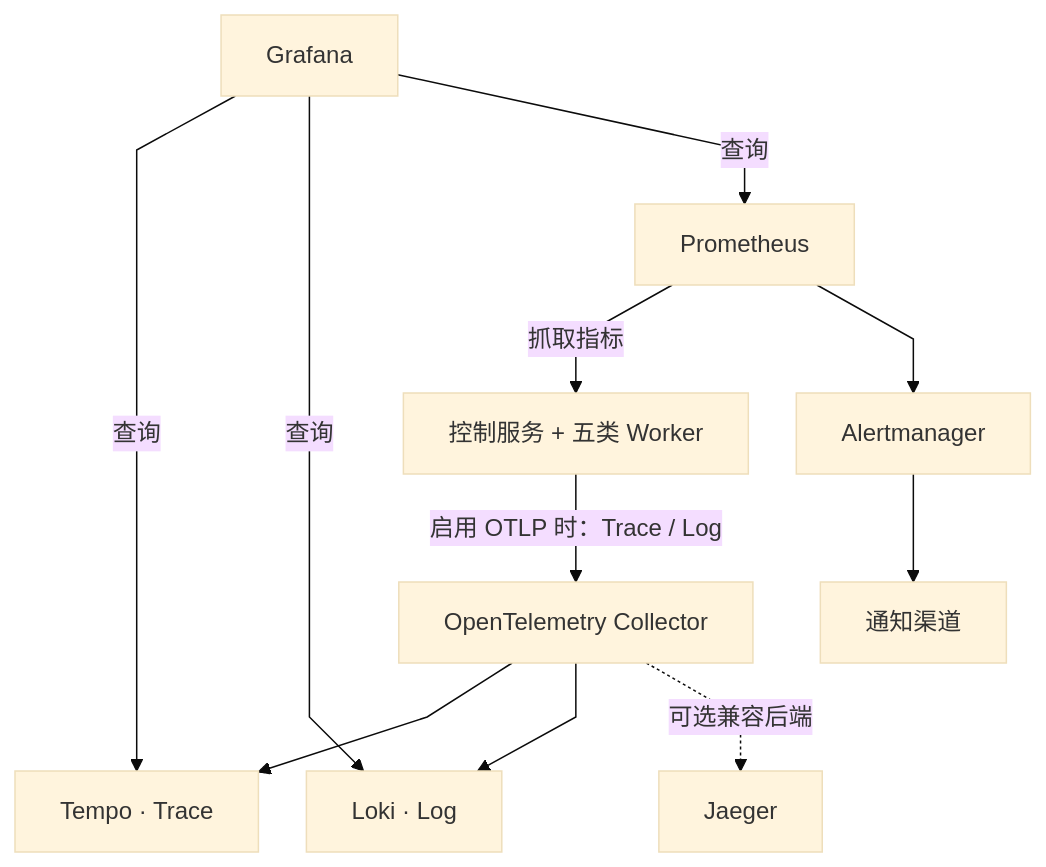
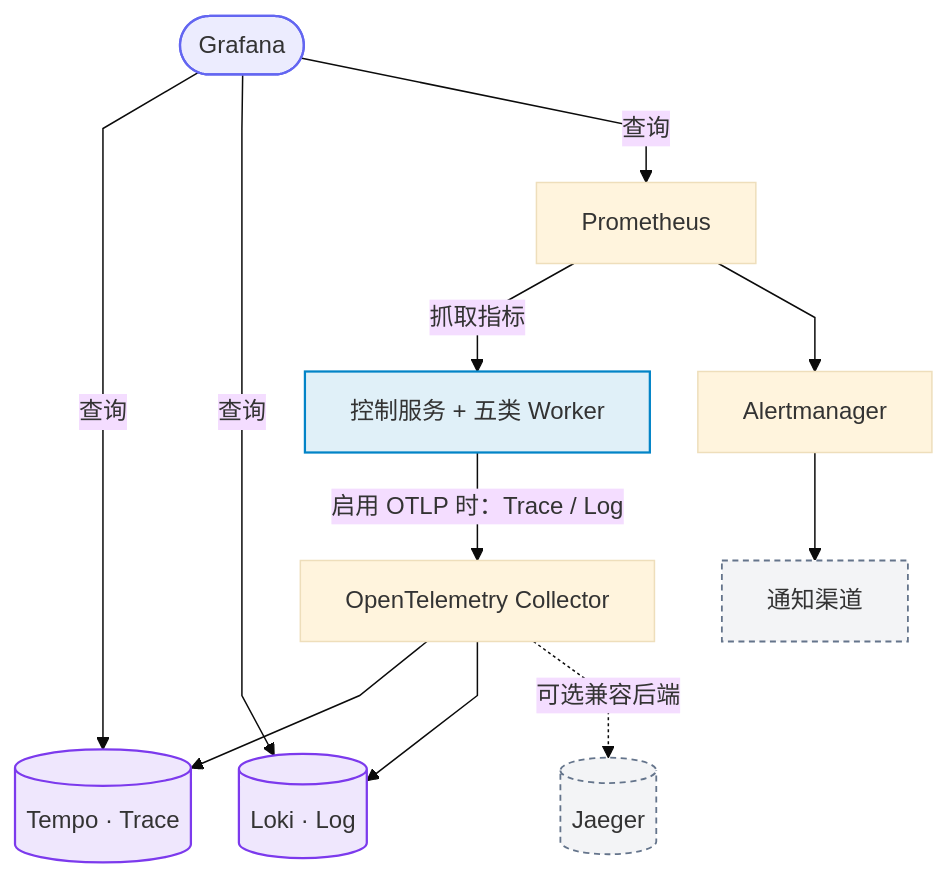
The fourth of 25 diagrams in docs/architecture/system-flow-overview.md (pinpols/file-batch-system), drawn with Mermaid (base theme) before and after one commit. The commit also changed other lines of this file and 9 other files, not shown here.

First line of the commit message:
docs(architecture): unify styling of the navigation architecture diagrams (#1365)

````diff
--- a/docs/architecture/system-flow-overview.md
+++ b/docs/architecture/system-flow-overview.md
@@ -112,13 +142,31 @@
 ```mermaid
 %%{init: {"flowchart":{"curve":"linear","nodeSpacing":32,"rankSpacing":48},"sequence":{"mirrorActors":false}}}%%
 flowchart TB
-  A["控制服务 + 五类 Worker"] -->|"启用 OTLP 时：Trace / Log"| OT["OpenTelemetry Collector"]
-  OT --> T["Tempo · Trace"]
-  OT --> L["Loki · Log"]
-  OT -. "可选兼容后端" .-> J["Jaeger"]
-  P["Prometheus"] -->|"抓取指标"| A
-  P --> AM["Alertmanager"] --> N["通知渠道"]
-  G["Grafana"] -->|"查询"| T
+
+  A["控制服务 + 五类 Worker"]:::control
+  OT["OpenTelemetry Collector"]
+  T[("Tempo · Trace")]:::store
+  L[("Loki · Log")]:::store
+  J[("Jaeger")]:::ext
+  P["Prometheus"]
+  AM["Alertmanager"]
+  N["通知渠道"]:::ext
+  G(["Grafana"]):::entry
+  A -->|"启用 OTLP 时：Trace / Log"| OT
+  OT --> T
+  OT --> L
+  OT -. "可选兼容后端" .-> J
+  P -->|"抓取指标"| A
+  P --> AM
+  AM --> N
+  G -->|"查询"| T
   G -->|"查询"| L
   G -->|"查询"| P
+  classDef entry fill:#6366f11f,stroke:#6366f1,stroke-width:1.5px
+  classDef control fill:#0284c71f,stroke:#0284c7,stroke-width:1.5px
+  classDef mq fill:#d977061f,stroke:#d97706,stroke-width:1.5px
+  classDef worker fill:#0596691f,stroke:#059669,stroke-width:1.5px
+  classDef store fill:#7c3aed1f,stroke:#7c3aed,stroke-width:1.5px
+  classDef ext fill:#64748b14,stroke:#64748b,stroke-width:1.2px,stroke-dasharray:4 3
+  classDef lib fill:#64748b14,stroke:#64748b,stroke-width:1.2px
 ```
````
